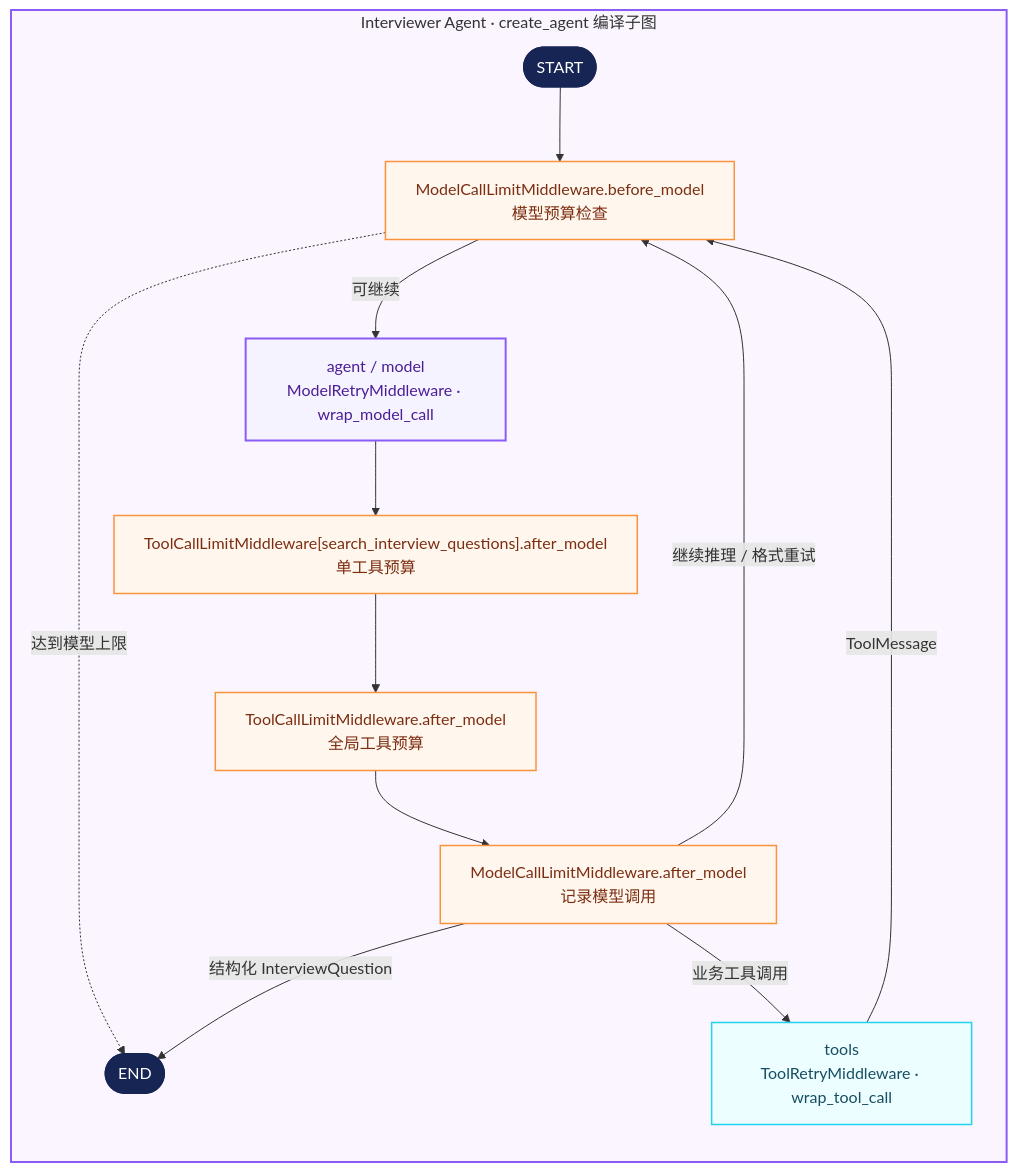
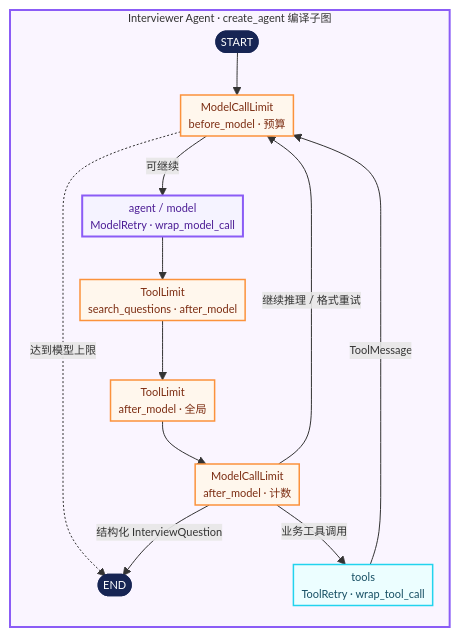
The second of 4 diagrams in README.md (Lucky-LMC/AI-Interview), drawn with Mermaid before and after one commit. The commit also changed other lines of this file, not shown here.

Commit message:
docs: compact architecture diagrams

````diff
--- a/README.md
+++ b/README.md
@@ -64,28 +65,29 @@
 ```mermaid
+%%{init: {"flowchart": {"nodeSpacing": 14, "rankSpacing": 18, "padding": 4}, "themeVariables": {"fontSize": "11px"}}}%%
 flowchart TB
     subgraph interviewer_graph["Interviewer Agent · create_agent 编译子图"]
         direction TB
-        start_i([START]) --> before_i["ModelCallLimitMiddleware.before_model<br/>模型预算检查"]
-        before_i -- 可继续 --> agent_i["agent / model<br/>ModelRetryMiddleware · wrap_model_call"]
+        start_i([START]) --> before_i["ModelCallLimit<br/>before_model · 预算"]
+        before_i -- 可继续 --> agent_i["agent / model<br/>ModelRetry · wrap_model_call"]
         before_i -. 达到模型上限 .-> end_i([END])
-        agent_i --> tool_i["ToolCallLimitMiddleware[search_interview_questions].after_model<br/>单工具预算"]
-        tool_i --> global_i["ToolCallLimitMiddleware.after_model<br/>全局工具预算"]
-        global_i --> after_i["ModelCallLimitMiddleware.after_model<br/>记录模型调用"]
-        after_i -- 业务工具调用 --> tools_i["tools<br/>ToolRetryMiddleware · wrap_tool_call"]
+        agent_i --> tool_i["ToolLimit<br/>search_questions · after_model"]
+        tool_i --> global_i["ToolLimit<br/>after_model · 全局"]
+        global_i --> after_i["ModelCallLimit<br/>after_model · 计数"]
+        after_i -- 业务工具调用 --> tools_i["tools<br/>ToolRetry · wrap_tool_call"]
         tools_i -- ToolMessage --> before_i
         after_i -- 结构化 InterviewQuestion --> end_i([END])
         after_i -- 继续推理 / 格式重试 --> before_i
     end
 
     classDef terminal fill:#172554,color:#ffffff,stroke:#172554,stroke-width:2px;
     classDef middleware fill:#fff7ed,color:#7c2d12,stroke:#fb923c,stroke-width:1.5px;
     classDef agentCore fill:#f5f3ff,color:#4c1d95,stroke:#8b5cf6,stroke-width:2px;
     classDef tool fill:#ecfeff,color:#164e63,stroke:#22d3ee,stroke-width:1.5px;
 
     class start_i,end_i terminal;
     class before_i,tool_i,global_i,after_i middleware;
     class agent_i agentCore;
     class tools_i tool;
 
     style interviewer_graph fill:#faf5ff,stroke:#8b5cf6,stroke-width:2px;
 ```
````
